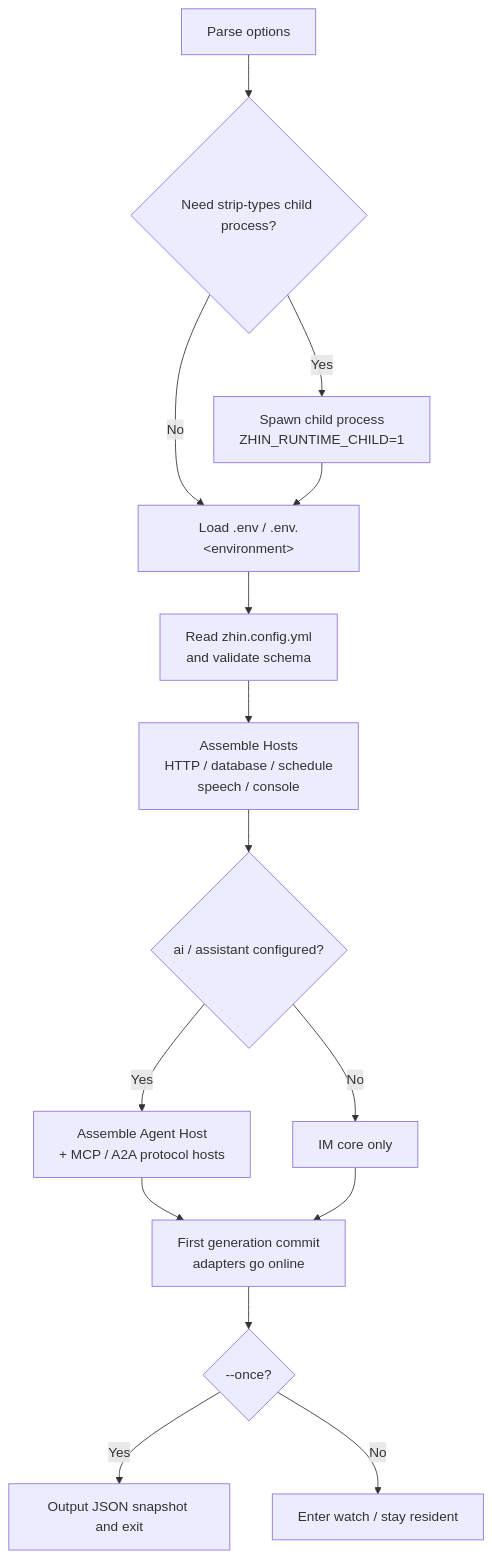
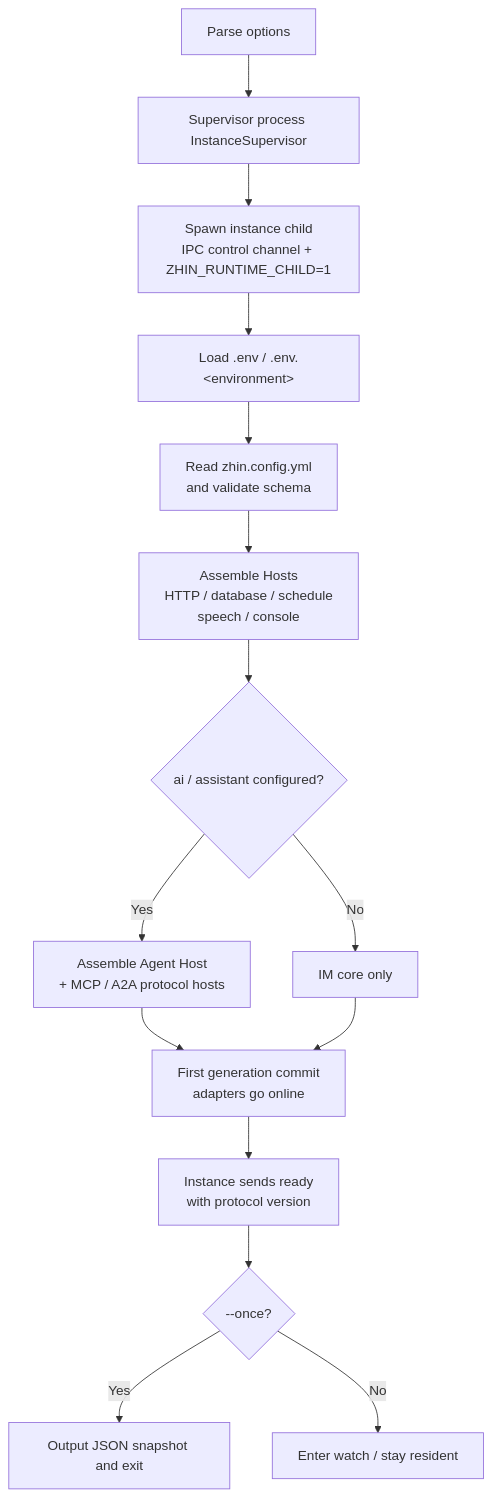
The diagram in docs/en/cli/runtime.md (zhinjs/zhin), drawn with Mermaid before and after one commit. The commit also changed other lines of this file and 36 other files, not shown here.

First line of the commit message:
feat(gateway): IPC instance supervisor replaces exit-code-75 restarts (B1.1)

````diff
--- a/docs/en/cli/runtime.md
+++ b/docs/en/cli/runtime.md
@@ -63,17 +63,17 @@
 ```mermaid
 flowchart TD
-    A[Parse options] --> B{Need strip-types child process?}
-    B -- Yes --> C[Spawn child process<br/>ZHIN_RUNTIME_CHILD=1]
-    B -- No --> D[Load .env / .env.&lt;environment&gt;]
-    C --> D
+    A[Parse options] --> B[Supervisor process InstanceSupervisor]
+    B --> C[Spawn instance child<br/>IPC control channel + ZHIN_RUNTIME_CHILD=1]
+    C --> D[Load .env / .env.&lt;environment&gt;]
     D --> E[Read zhin.config.yml<br/>and validate schema]
     E --> F[Assemble Hosts<br/>HTTP / database / schedule<br/>speech / console]
     F --> G{ai / assistant configured?}
     G -- Yes --> H[Assemble Agent Host<br/>+ MCP / A2A protocol hosts]
     G -- No --> I[IM core only]
     H --> J[First generation commit<br/>adapters go online]
     I --> J
-    J --> K{--once?}
+    J --> R[Instance sends ready<br/>with protocol version]
+    R --> K{--once?}
     K -- Yes --> L[Output JSON snapshot and exit]
     K -- No --> M[Enter watch / stay resident]
 ```
````
